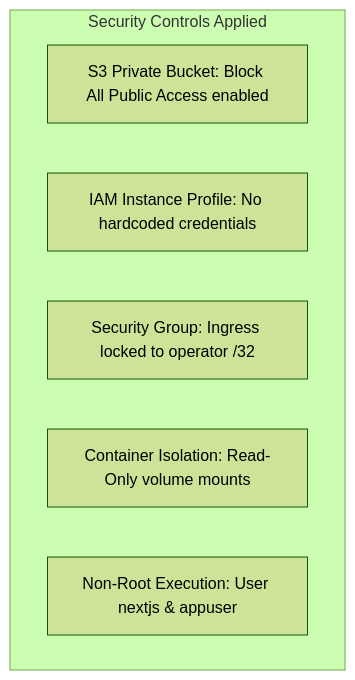
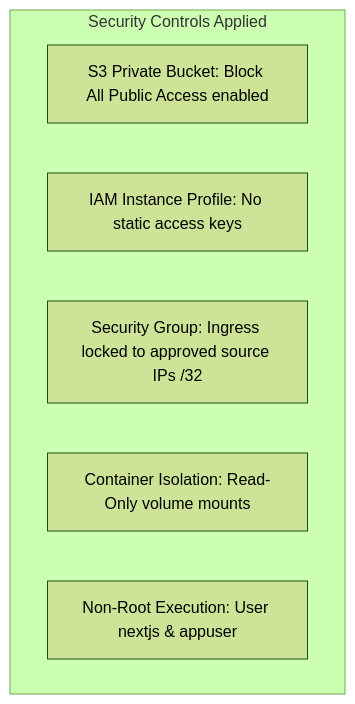
Before and after one commit to starkkk1/starkkk1.github.io: the diagram in content/5-Workshop/5.5-Quality-assurance/_index.md, drawn with Mermaid (forest theme). The commit also changed 10 other files, not shown here.

Commit message:
fix(workshop): fix mermaid rendering on web and align end-to-end pipeline docs

````diff
--- a/content/5-Workshop/5.5-Quality-assurance/_index.md
+++ b/content/5-Workshop/5.5-Quality-assurance/_index.md
@@ -134,10 +134,10 @@
 ```mermaid
-flowchart TD
-    subgraph Security_Best_Practices ["Security Controls Applied"]
+graph TD
+    subgraph Security Controls Applied
         P1["S3 Private Bucket: Block All Public Access enabled"]
-        P2["IAM Instance Profile: No hardcoded credentials"]
-        P3["Security Group: Ingress locked to operator /32"]
+        P2["IAM Instance Profile: No static access keys"]
+        P3["Security Group: Ingress locked to approved source IPs /32"]
         P4["Container Isolation: Read-Only volume mounts"]
         P5["Non-Root Execution: User nextjs & appuser"]
     end
 ```
````
